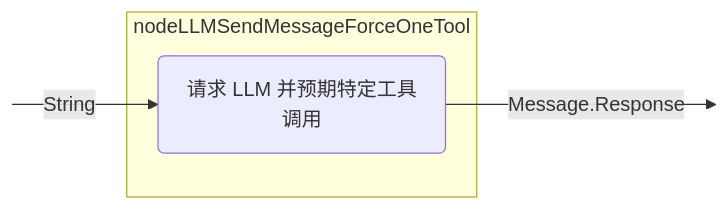
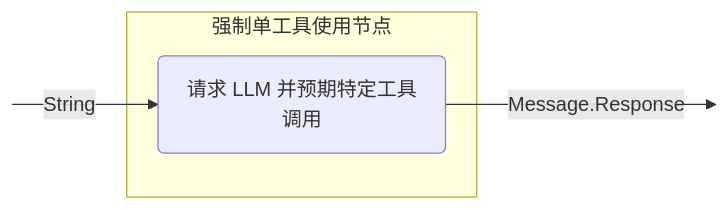
The fifth of 15 diagrams in docs/koog/nodes-and-components.md (BinaryTape/Open-Docs), drawn with Mermaid before and after one commit. The commit also changed other lines of this file and 164 other files, not shown here.

````diff
--- a/docs/koog/nodes-and-components.md
+++ b/docs/koog/nodes-and-components.md
@@ -272,13 +271,13 @@
 ```mermaid
 graph LR
     in:::hidden
     out:::hidden
     
-    subgraph node ["nodeLLMSendMessageForceOneTool"]
+    subgraph node ["强制单工具使用节点"]
         execute(请求 LLM 并预期特定工具调用)
     end
     
     in --String--> execute --Message.Response--> out
 
     classDef hidden display: none;
 ```
````
